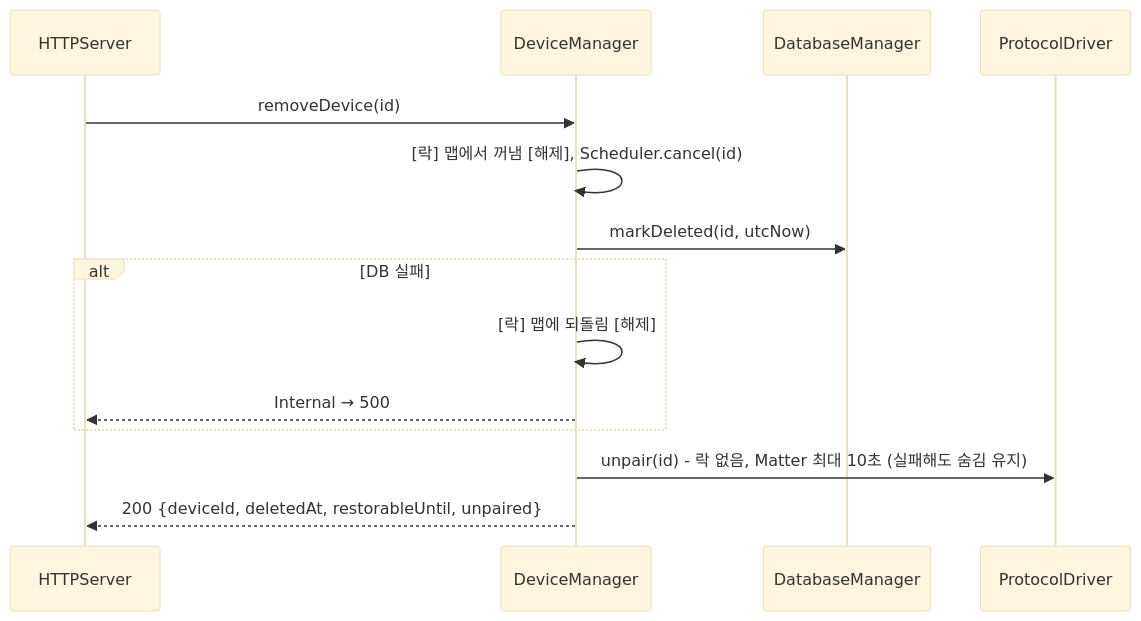
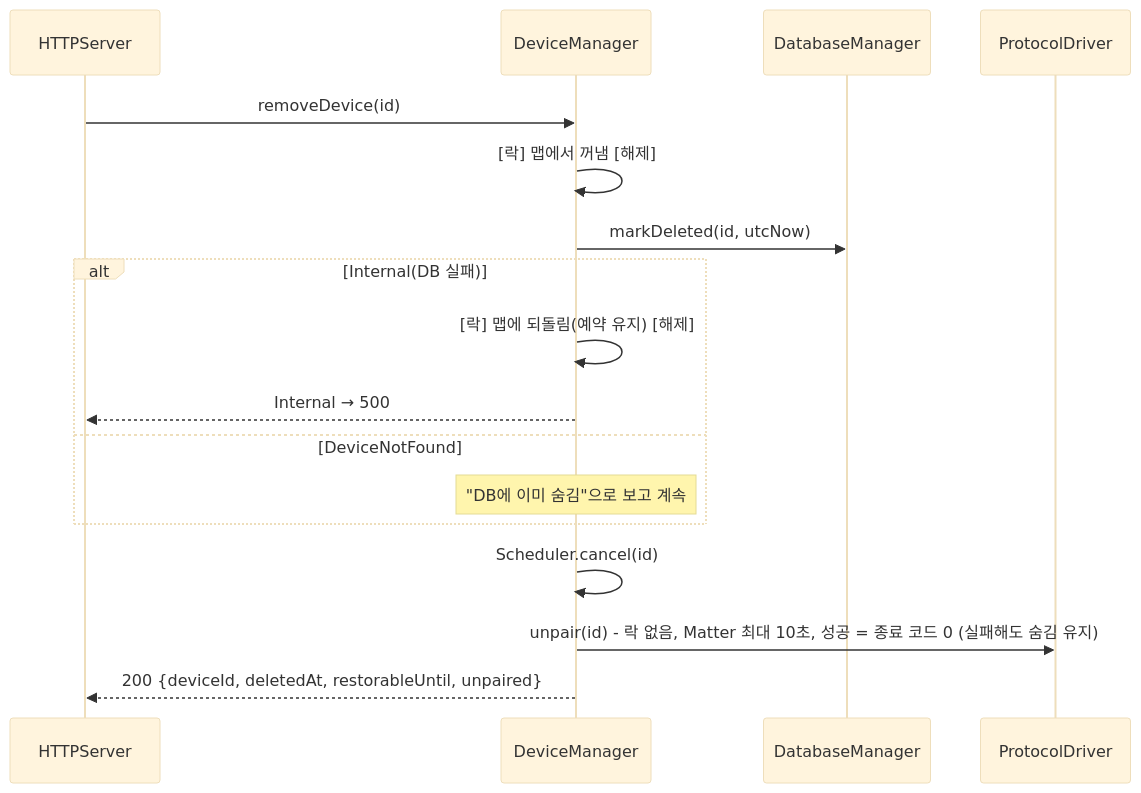
Before and after one commit to kdy06187/HomeAssistantServer: the fourth of 4 diagrams in docs/02_설계.md, drawn with Mermaid (base theme). The commit also changed other lines of this file and 7 other files, not shown here.

````diff
--- a/docs/02_설계.md
+++ b/docs/02_설계.md
@@ -500,16 +502,19 @@
 ```mermaid
 sequenceDiagram
   participant H as HTTPServer
   participant D as DeviceManager
   participant B as DatabaseManager
   participant T as ProtocolDriver
   H->>D: removeDevice(id)
-  D->>D: [락] 맵에서 꺼냄 [해제], Scheduler.cancel(id)
+  D->>D: [락] 맵에서 꺼냄 [해제]
   D->>B: markDeleted(id, utcNow)
-  alt DB 실패
-    D->>D: [락] 맵에 되돌림 [해제]
+  alt Internal(DB 실패)
+    D->>D: [락] 맵에 되돌림(예약 유지) [해제]
     D-->>H: Internal → 500
+  else DeviceNotFound
+    Note over D: "DB에 이미 숨김"으로 보고 계속
   end
-  D->>T: unpair(id) - 락 없음, Matter 최대 10초 (실패해도 숨김 유지)
+  D->>D: Scheduler.cancel(id)
+  D->>T: unpair(id) - 락 없음, Matter 최대 10초, 성공 = 종료 코드 0 (실패해도 숨김 유지)
   D-->>H: 200 {deviceId, deletedAt, restorableUntil, unpaired}
 ```
````
